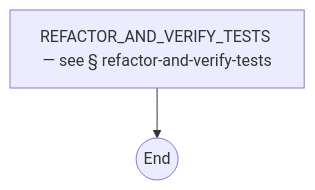
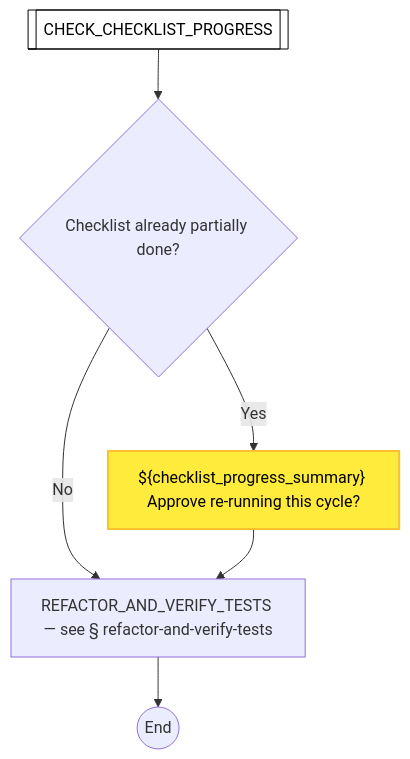
Diagram 12 of 50 in docs/process-diagram.md (optivem/gh-optivem), drawn with Mermaid before and after one commit. The commit also changed other lines of this file and 14 other files, not shown here.

First line of the commit message:
atdd/runtime: wire ticket-body parser to runtime + already-[x] approval gate

````diff
--- a/docs/process-diagram.md
+++ b/docs/process-diagram.md
@@ -217,7 +255,20 @@
 ```mermaid
 flowchart TD
+    CHECK_CHECKLIST_PROGRESS[[CHECK_CHECKLIST_PROGRESS]]
+    GATE_CHECKLIST_PARTIALLY_DONE{Checklist already partially done?}
     REFACTOR_AND_VERIFY_TESTS[REFACTOR_AND_VERIFY_TESTS — see § refactor-and-verify-tests]
     REFACTOR_TEST_STRUCTURE_END((End))
+    STOP_CHECKLIST_PARTIALLY_DONE["${checklist_progress_summary} Approve re-running this cycle?"]
 
+    CHECK_CHECKLIST_PROGRESS --> GATE_CHECKLIST_PARTIALLY_DONE
+    GATE_CHECKLIST_PARTIALLY_DONE -- Yes --> STOP_CHECKLIST_PARTIALLY_DONE
+    GATE_CHECKLIST_PARTIALLY_DONE -- No --> REFACTOR_AND_VERIFY_TESTS
+    STOP_CHECKLIST_PARTIALLY_DONE --> REFACTOR_AND_VERIFY_TESTS
     REFACTOR_AND_VERIFY_TESTS --> REFACTOR_TEST_STRUCTURE_END
+
+    classDef serviceNode fill:#ffffff,stroke:#000000,stroke-width:1px,color:#000000
+    class CHECK_CHECKLIST_PROGRESS serviceNode
+
+    classDef humanNode fill:#ffeb3b,stroke:#fbc02d,stroke-width:2px,color:#000000
+    class STOP_CHECKLIST_PARTIALLY_DONE humanNode
 ```
````
